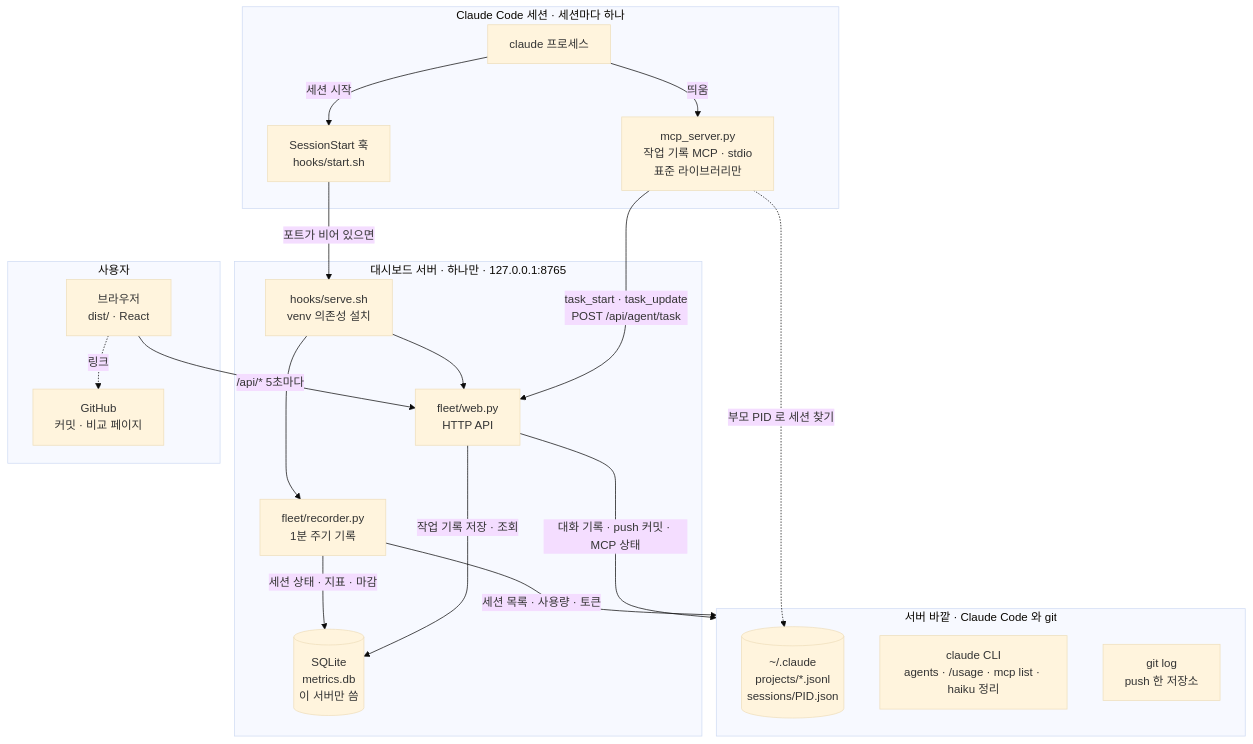
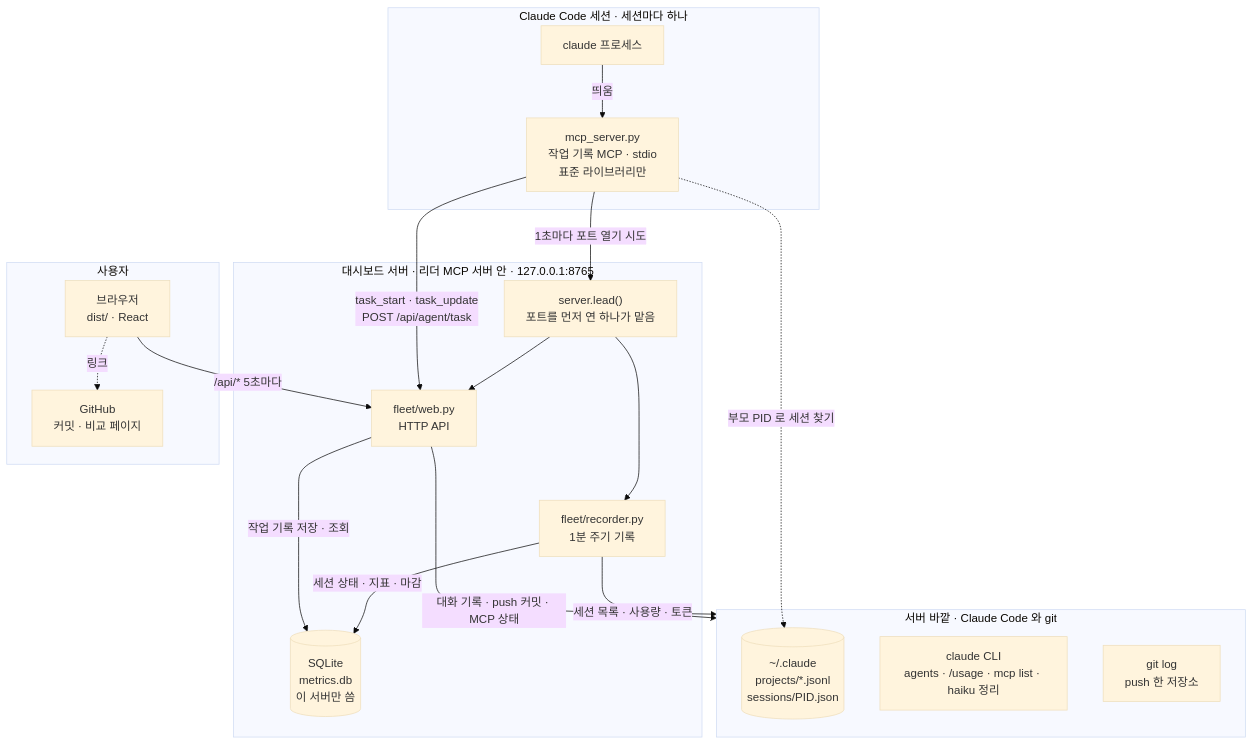
Before and after one commit to hava12/hudson-fleet: the diagram in README.md, drawn with Mermaid (base theme). The commit also changed other lines of this file and 13 other files, not shown here.

Commit message:
feat: 대시보드 서버를 MCP 서버 안의 리더 선출로 — 세션 훅·상주 서버·venv 제거 [no-spec]

````diff
--- a/README.md
+++ b/README.md
@@ -11,38 +11,36 @@
 ```mermaid
 flowchart TB
   subgraph CC["Claude Code 세션 · 세션마다 하나"]
     claude["claude 프로세스"]
-    hook["SessionStart 훅<br/>hooks/start.sh"]
     mcp["mcp_server.py<br/>작업 기록 MCP · stdio<br/>표준 라이브러리만"]
   end
-  subgraph WEB["대시보드 서버 · 하나만 · 127.0.0.1:8765"]
-    serve["hooks/serve.sh<br/>venv 의존성 설치"]
+  subgraph WEB["대시보드 서버 · 리더 MCP 서버 안 · 127.0.0.1:8765"]
+    serve["server.lead()<br/>포트를 먼저 연 하나가 맡음"]
     rec["fleet/recorder.py<br/>1분 주기 기록"]
     web["fleet/web.py<br/>HTTP API"]
     db[("SQLite<br/>metrics.db<br/>이 서버만 씀")]
   end
   subgraph USER["사용자"]
     browser["브라우저<br/>dist/ · React"]
     gh["GitHub<br/>커밋 · 비교 페이지"]
   end
   subgraph DATA["서버 바깥 · Claude Code 와 git"]
     files[("~/.claude<br/>projects/*.jsonl<br/>sessions/PID.json")]
     cli["claude CLI<br/>agents · /usage · mcp list · haiku 정리"]
     git["git log<br/>push 한 저장소"]
   end
 
-  claude -- "세션 시작" --> hook
   claude -- "띄움" --> mcp
-  hook -- "포트가 비어 있으면" --> serve
+  mcp -- "1초마다 포트 열기 시도" --> serve
   serve --> web
   serve --> rec
   web ~~~ rec
   browser -- "/api/* 5초마다" --> web
   browser -. "링크" .-> gh
   mcp -- "task_start · task_update<br/>POST /api/agent/task" --> web
   mcp -. "부모 PID 로 세션 찾기" .-> files
   rec -- "세션 상태 · 지표 · 마감" --> db
   rec -- "세션 목록 · 사용량 · 토큰" --> DATA
   web -- "작업 기록 저장 · 조회" --> db
   web -- "대화 기록 · push 커밋 · MCP 상태" --> DATA
 ```
````
